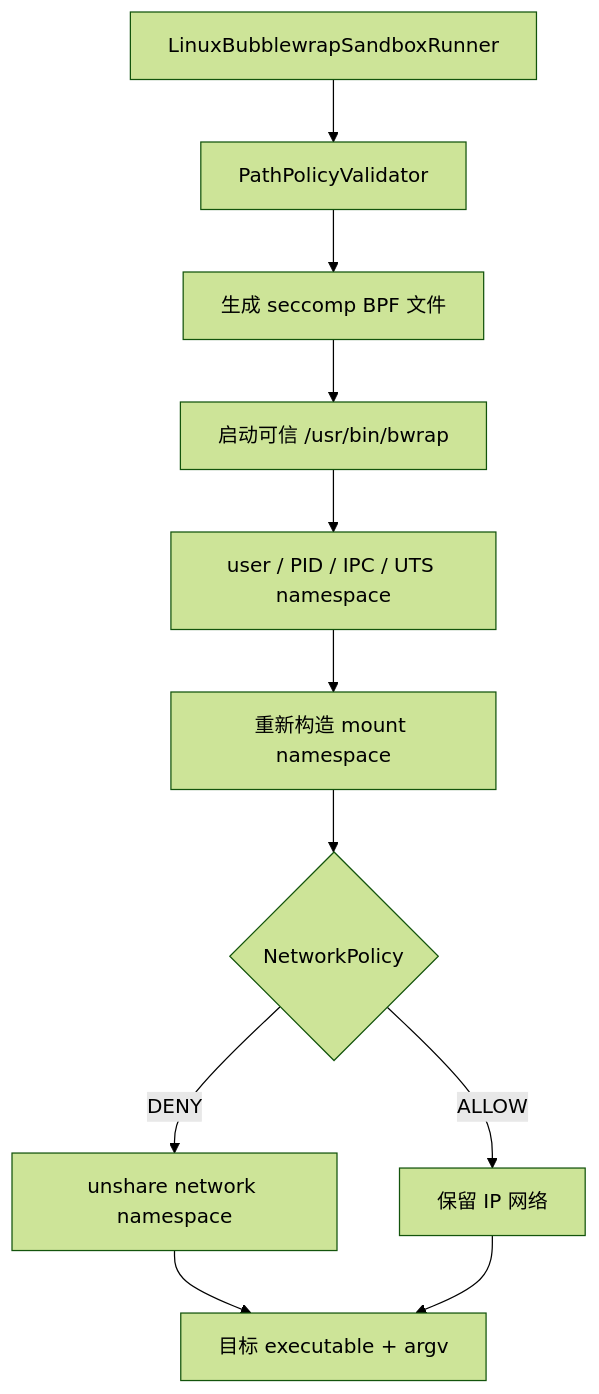
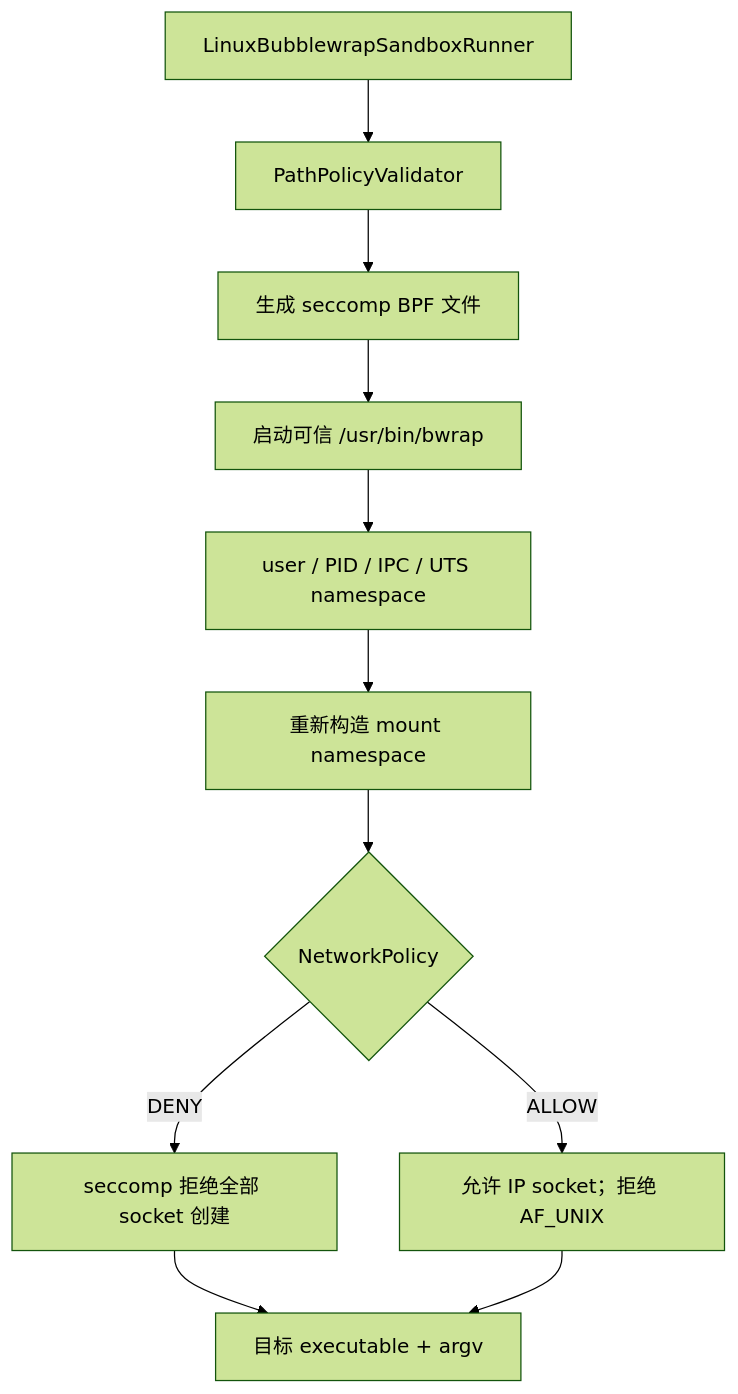
One commit to umuo/sandbox-demo changed the diagram in docs/platforms/linux.md. Above: the diagram before and after it, drawn with Mermaid (forest theme). The commit also changed other lines of this file and 21 other files, not shown here.

````diff
--- a/docs/platforms/linux.md
+++ b/docs/platforms/linux.md
@@ -7,13 +7,13 @@
 ```mermaid
 flowchart TD
     A["LinuxBubblewrapSandboxRunner"] --> B["PathPolicyValidator"]
     B --> C["生成 seccomp BPF 文件"]
     C --> D["启动可信 /usr/bin/bwrap"]
     D --> E["user / PID / IPC / UTS namespace"]
     E --> F["重新构造 mount namespace"]
     F --> G{"NetworkPolicy"}
-    G -->|DENY| H["unshare network namespace"]
-    G -->|ALLOW| I["保留 IP 网络"]
+    G -->|DENY| H["seccomp 拒绝全部 socket 创建"]
+    G -->|ALLOW| I["允许 IP socket；拒绝 AF_UNIX"]
     H --> J["目标 executable + argv"]
     I --> J
 ```
````
